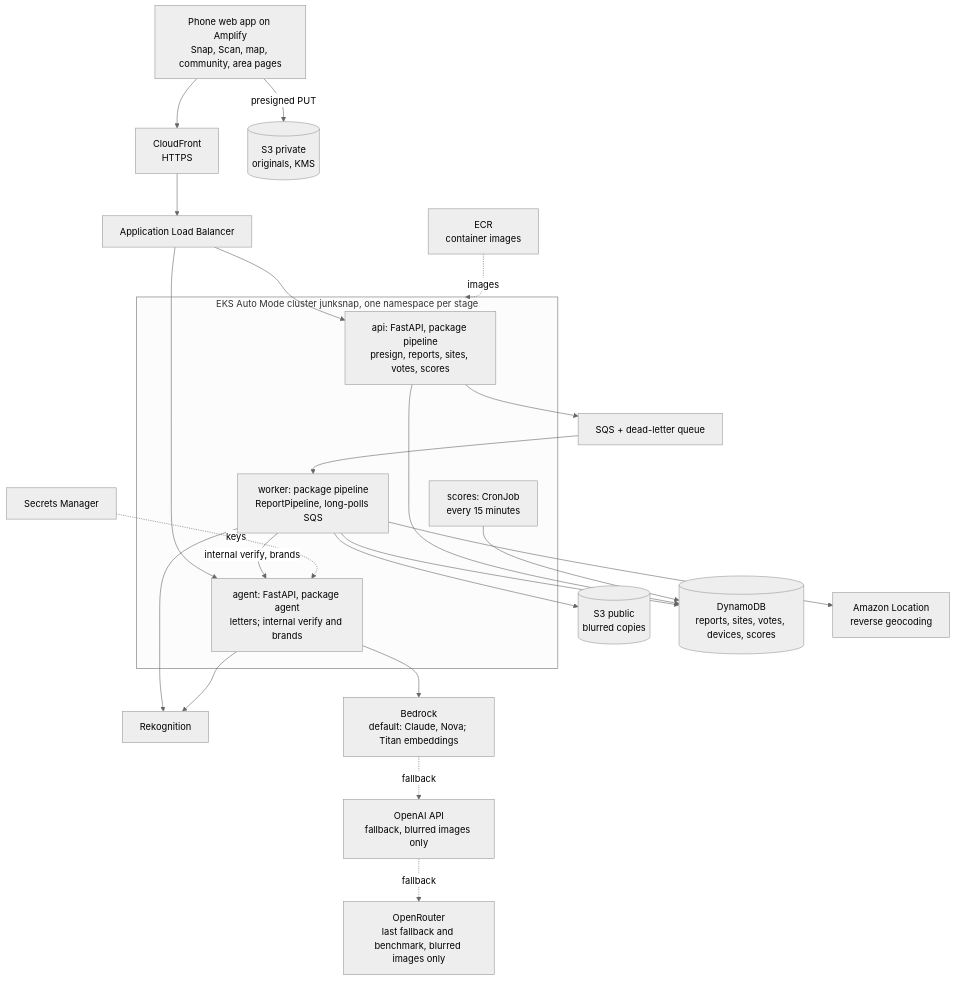
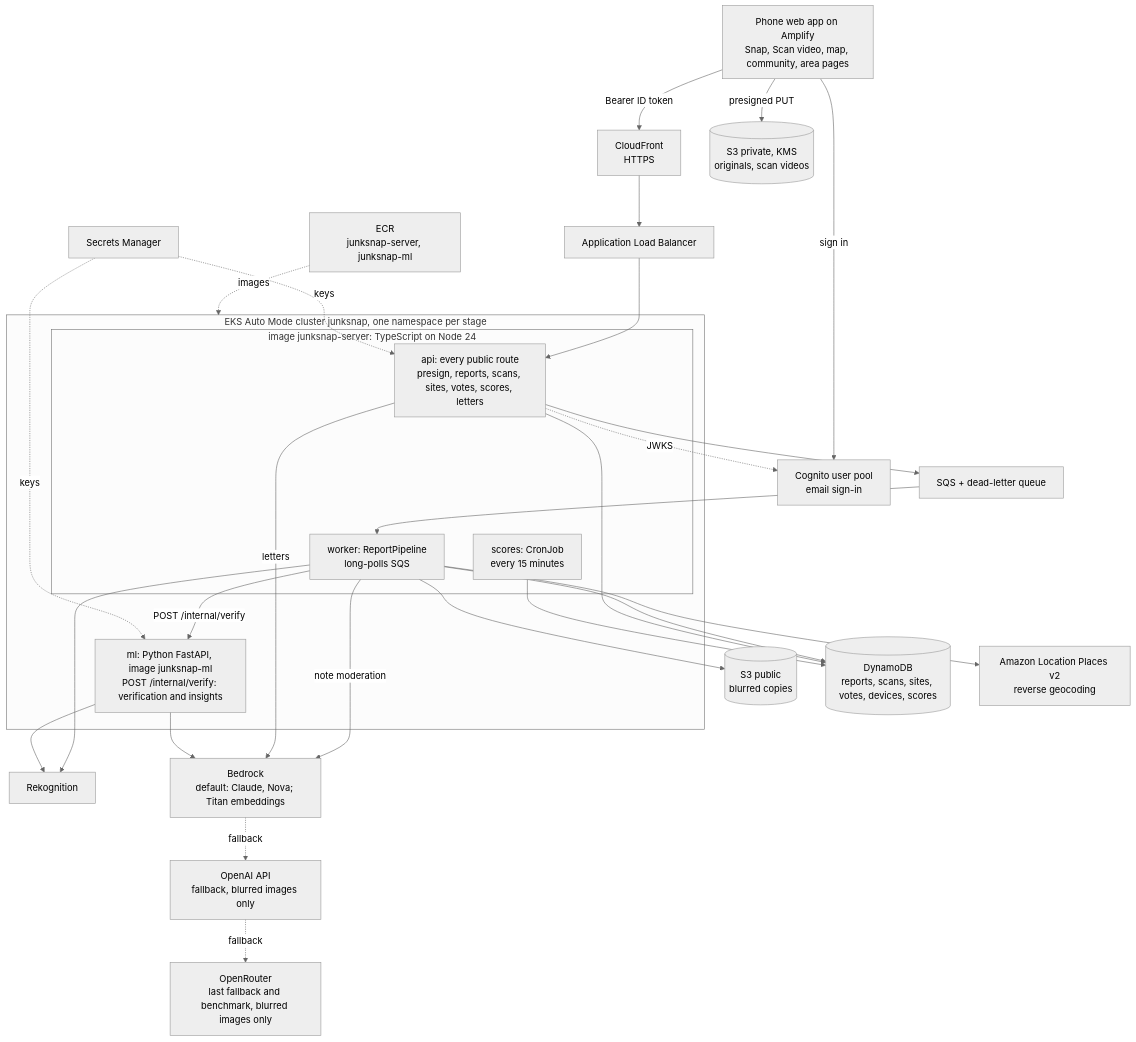
Before and after one commit to Girish-Garg/JunkSnap: the first of 2 diagrams in docs/architecture.md, drawn with Mermaid (neutral theme). The commit also changed other lines of this file and 52 other files, not shown here.

````diff
--- a/docs/architecture.md
+++ b/docs/architecture.md
@@ -20,34 +20,40 @@
 ```mermaid
 flowchart TB
-  phone["Phone web app on Amplify<br/>Snap, Scan, map, community, area pages"]
+  phone["Phone web app on Amplify<br/>Snap, Scan video, map, community, area pages"]
   cf["CloudFront<br/>HTTPS"]
   alb["Application Load Balancer"]
   subgraph eks["EKS Auto Mode cluster junksnap, one namespace per stage"]
-    api["api: FastAPI, package pipeline<br/>presign, reports, sites, votes, scores"]
-    agent["agent: FastAPI, package agent<br/>letters; internal verify and brands"]
-    worker["worker: package pipeline<br/>ReportPipeline, long-polls SQS"]
-    scores["scores: CronJob<br/>every 15 minutes"]
+    subgraph server["image junksnap-server: TypeScript on Node 24"]
+      api["api: every public route<br/>presign, reports, scans, sites, votes, scores, letters"]
+      worker["worker: ReportPipeline<br/>long-polls SQS"]
+      scores["scores: CronJob<br/>every 15 minutes"]
+    end
+    ml["ml: Python FastAPI, image junksnap-ml<br/>POST /internal/verify: verification and insights"]
   end
-  ecr["ECR<br/>container images"]
-  s3p[("S3 private<br/>originals, KMS")]
+  ecr["ECR<br/>junksnap-server, junksnap-ml"]
+  s3p[("S3 private, KMS<br/>originals, scan videos")]
   s3b[("S3 public<br/>blurred copies")]
   q["SQS + dead-letter queue"]
-  ddb[("DynamoDB<br/>reports, sites, votes, devices, scores")]
+  ddb[("DynamoDB<br/>reports, scans, sites, votes, devices, scores")]
   rek["Rekognition"]
   brk["Bedrock<br/>default: Claude, Nova; Titan embeddings"]
   oai["OpenAI API<br/>fallback, blurred images only"]
   orr["OpenRouter<br/>last fallback and benchmark, blurred images only"]
-  loc["Amazon Location<br/>reverse geocoding"]
+  loc["Amazon Location Places v2<br/>reverse geocoding"]
   sm["Secrets Manager"]
+  cog["Cognito user pool<br/>email sign-in"]
+  phone -->|sign in| cog
   phone -->|presigned PUT| s3p
-  phone --> cf --> alb
-  alb --> api & agent
+  phone -->|Bearer ID token| cf --> alb --> api
+  api -.->|JWKS| cog
   api --> q --> worker
-  worker -->|"internal verify, brands"| agent
+  worker -->|"POST /internal/verify"| ml
   worker --> rek & loc & s3b & ddb
-  agent --> rek & brk
+  worker -->|note moderation| brk
+  api -->|letters| brk
+  ml --> rek & brk
   brk -.->|fallback| oai -.->|fallback| orr
   api & scores --> ddb
   ecr -.->|images| eks
-  sm -.->|keys| agent
+  sm -.->|keys| api & ml
 ```
````
